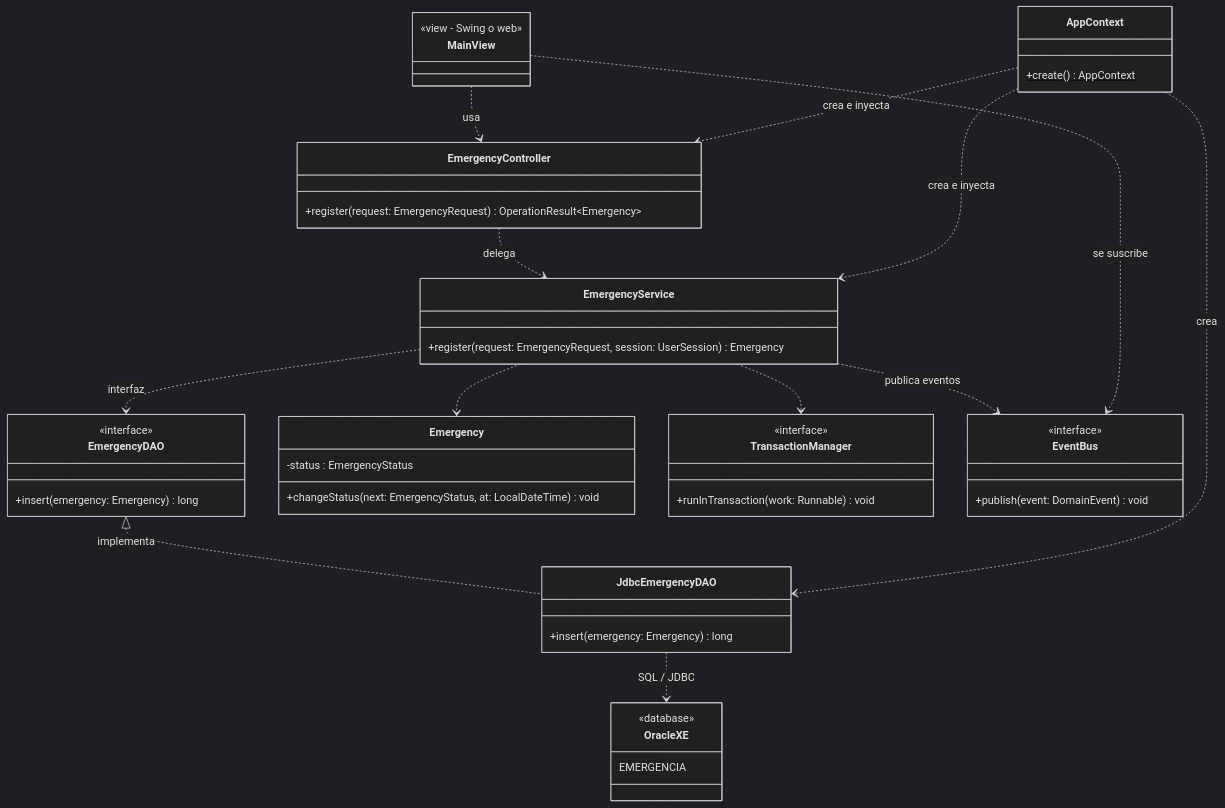
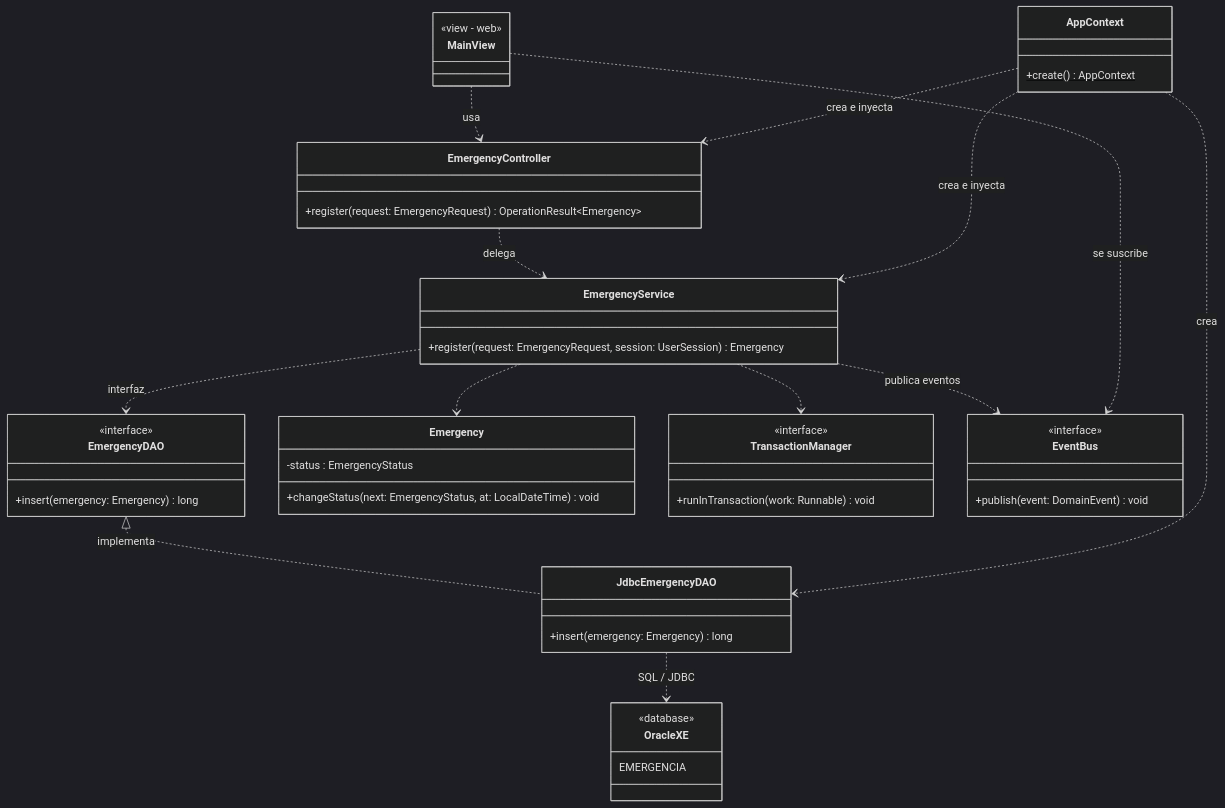
Before and after one commit to afzabaleta/RutaVida: the first of 22 diagrams in docs/class-diagram.md, drawn with Mermaid (dark theme). The commit also changed other lines of this file, not shown here.

Commit message:
docs: mark-web-view-in-class-diagram

````diff
--- a/docs/class-diagram.md
+++ b/docs/class-diagram.md
@@ -15,57 +15,57 @@
 ```mermaid
 ---
 config:
   markdownAutoWrap: false
 ---
 classDiagram
     direction TB
 
     class MainView {
-        <<view - Swing o web>>
+        <<view - web>>
     }
     class EmergencyController {
         +register(request: EmergencyRequest) OperationResult~Emergency~
     }
     class EmergencyService {
         +register(request: EmergencyRequest, session: UserSession) Emergency
     }
     class EmergencyDAO {
         <<interface>>
         +insert(emergency: Emergency) long
     }
     class JdbcEmergencyDAO {
         +insert(emergency: Emergency) long
     }
     class Emergency {
         -status : EmergencyStatus
         +changeStatus(next: EmergencyStatus, at: LocalDateTime) void
     }
     class TransactionManager {
         <<interface>>
         +runInTransaction(work: Runnable) void
     }
     class EventBus {
         <<interface>>
         +publish(event: DomainEvent) void
     }
     class AppContext {
         +create() AppContext$
     }
     class OracleXE {
         <<database>>
         EMERGENCIA
     }
 
     MainView ..> EmergencyController : usa
     EmergencyController ..> EmergencyService : delega
     EmergencyService ..> EmergencyDAO : interfaz
     EmergencyService ..> TransactionManager
     EmergencyService ..> EventBus : publica eventos
     EmergencyDAO <|.. JdbcEmergencyDAO : implementa
     JdbcEmergencyDAO ..> OracleXE : SQL / JDBC
     EmergencyService ..> Emergency
     MainView ..> EventBus : se suscribe
     AppContext ..> JdbcEmergencyDAO : crea
     AppContext ..> EmergencyService : crea e inyecta
     AppContext ..> EmergencyController : crea e inyecta
 ```
````
